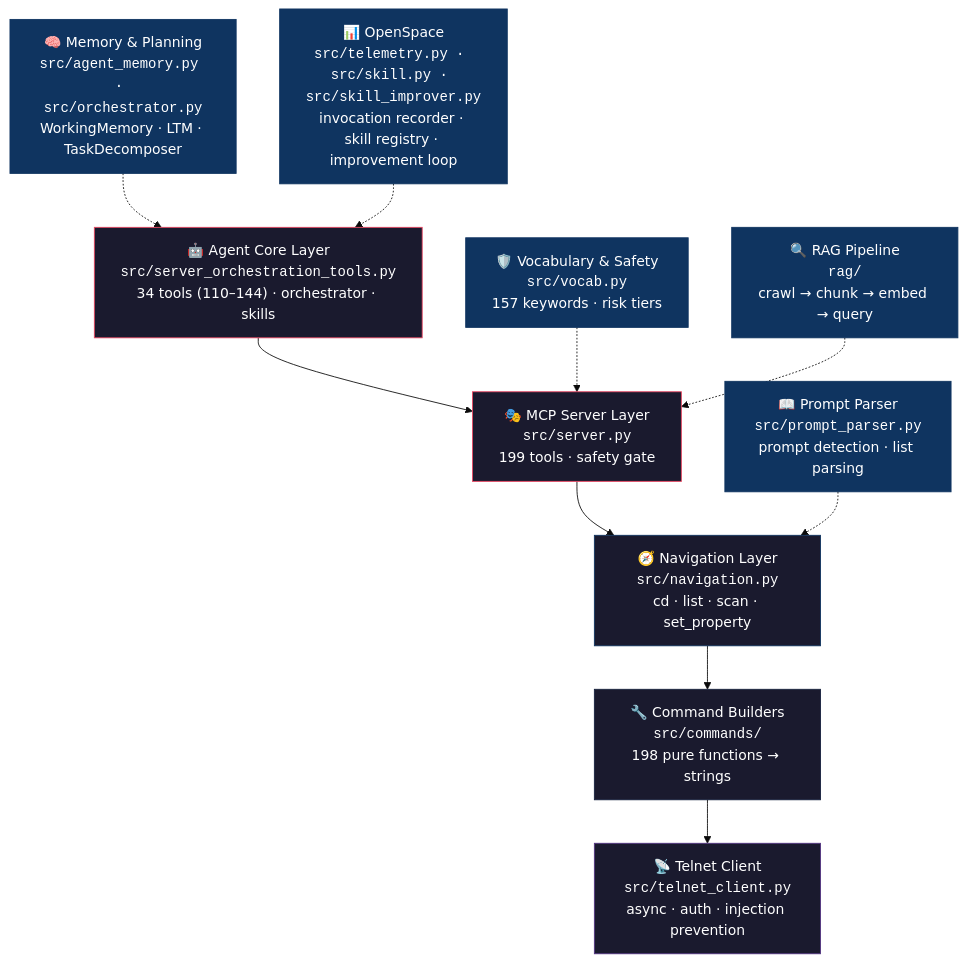
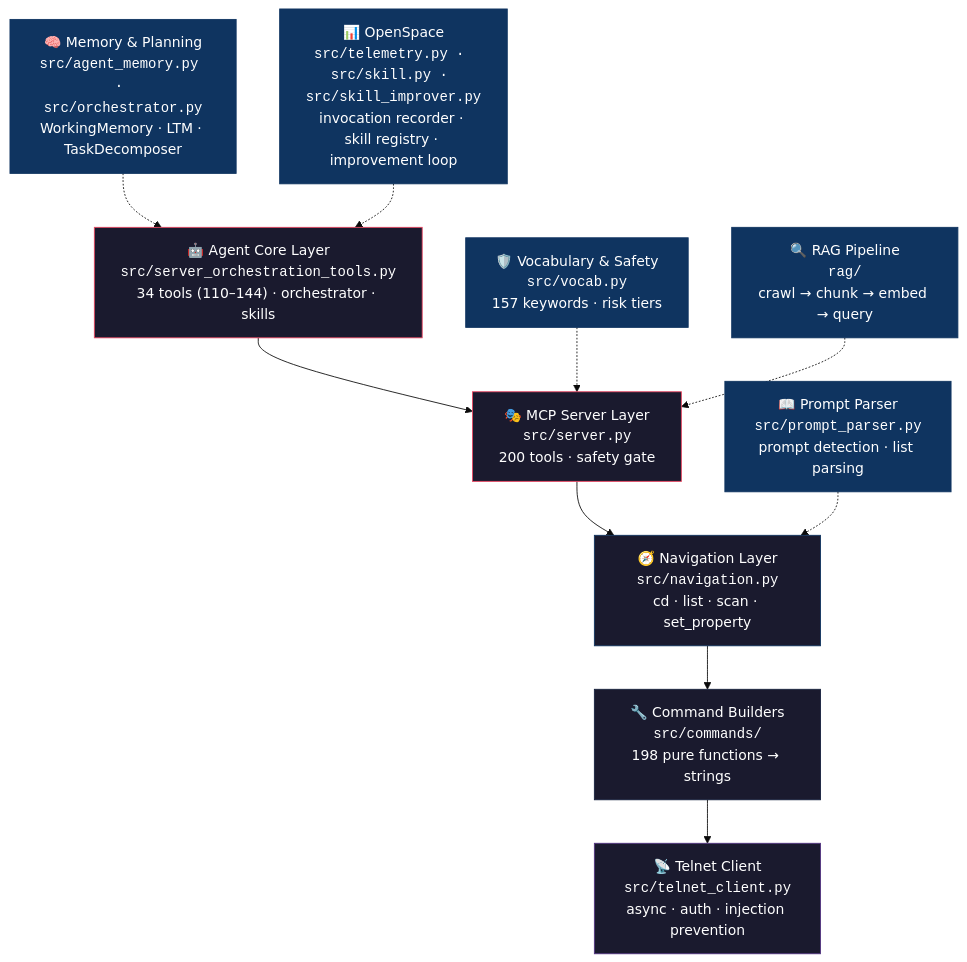
One commit to drohi-r/grandma2-mcp changed the first of 2 diagrams in README.md. Above: the diagram before and after it, drawn with Mermaid (base theme). The commit also changed other lines of this file and 9 other files, not shown here.

````diff
--- a/README.md
+++ b/README.md
@@ -64,25 +64,25 @@
 ```mermaid
 graph TD
     H["🤖 Agent Core Layer<br/><code>src/server_orchestration_tools.py</code><br/>34 tools (110–144) · orchestrator · skills"] --> A
-    A["🎭 MCP Server Layer<br/><code>src/server.py</code><br/>199 tools · safety gate"] --> B
+    A["🎭 MCP Server Layer<br/><code>src/server.py</code><br/>200 tools · safety gate"] --> B
     B["🧭 Navigation Layer<br/><code>src/navigation.py</code><br/>cd · list · scan · set_property"] --> C
     C["🔧 Command Builders<br/><code>src/commands/</code><br/>198 pure functions → strings"] --> D
     D["📡 Telnet Client<br/><code>src/telnet_client.py</code><br/>async · auth · injection prevention"]
 
     E["📖 Prompt Parser<br/><code>src/prompt_parser.py</code><br/>prompt detection · list parsing"] -.-> B
     F["🛡️ Vocabulary & Safety<br/><code>src/vocab.py</code><br/>157 keywords · risk tiers"] -.-> A
     G["🔍 RAG Pipeline<br/><code>rag/</code><br/>crawl → chunk → embed → query"] -.-> A
     I["🧠 Memory & Planning<br/><code>src/agent_memory.py · src/orchestrator.py</code><br/>WorkingMemory · LTM · TaskDecomposer"] -.-> H
     J["📊 OpenSpace<br/><code>src/telemetry.py · src/skill.py · src/skill_improver.py</code><br/>invocation recorder · skill registry · improvement loop"] -.-> H
 
     style H fill:#1a1a2e,stroke:#e94560,color:#fff
     style A fill:#1a1a2e,stroke:#e94560,color:#fff
     style B fill:#1a1a2e,stroke:#0f3460,color:#fff
     style C fill:#1a1a2e,stroke:#16213e,color:#fff
     style D fill:#1a1a2e,stroke:#533483,color:#fff
     style E fill:#0f3460,stroke:#0f3460,color:#fff
     style F fill:#0f3460,stroke:#0f3460,color:#fff
     style G fill:#0f3460,stroke:#0f3460,color:#fff
     style I fill:#0f3460,stroke:#0f3460,color:#fff
     style J fill:#0f3460,stroke:#0f3460,color:#fff
 ```
````
